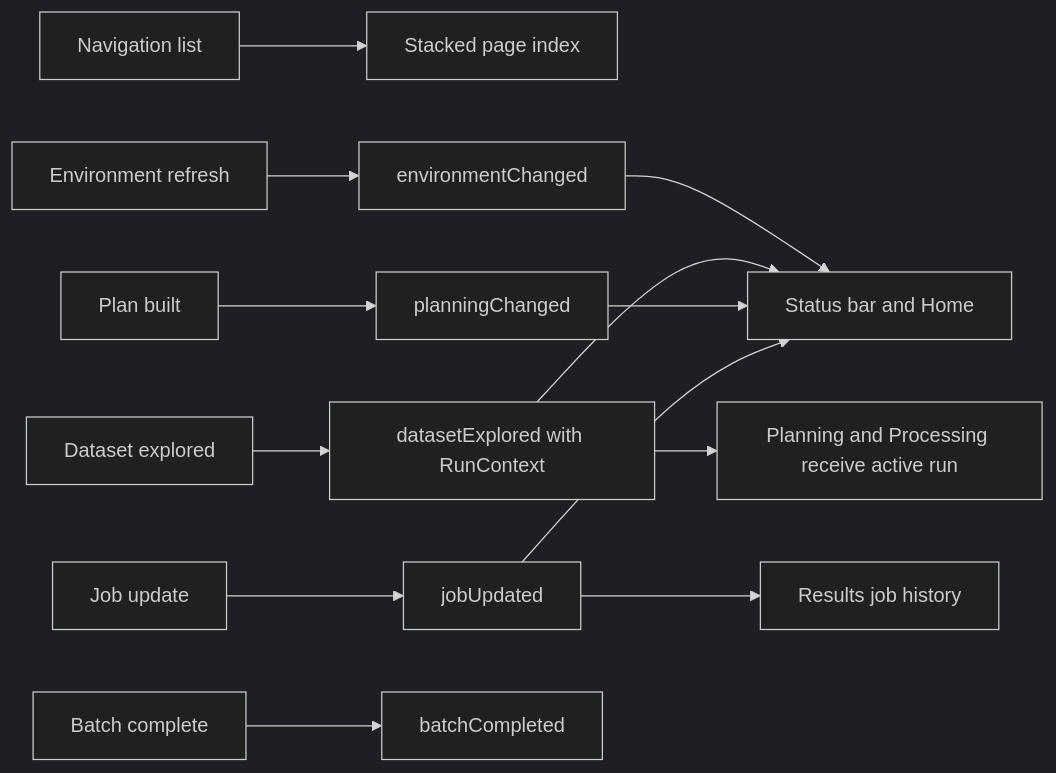
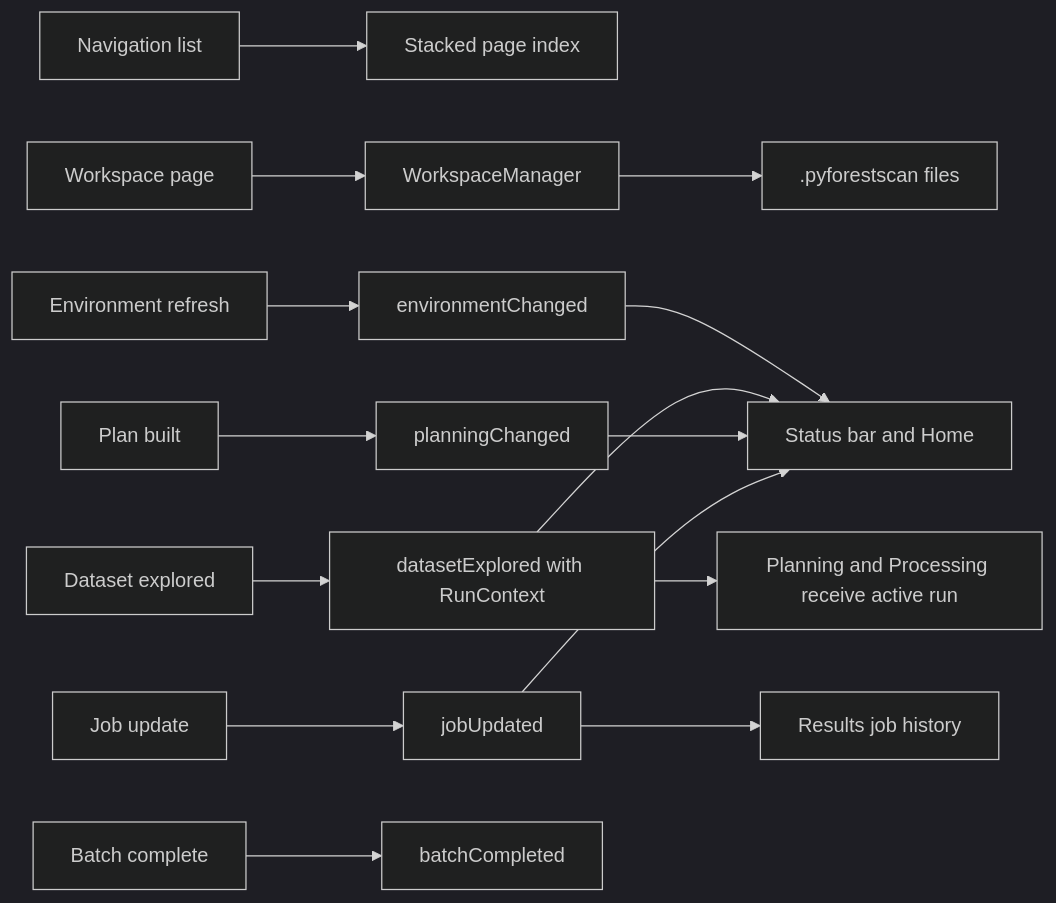
The second of 2 diagrams in docs/ui/MISSION_CONTROL.md (sticholas/pyforestscan-qgis), drawn with Mermaid (dark theme) before and after one commit. The commit also changed other lines of this file and 9 other files, not shown here.

````diff
--- a/docs/ui/MISSION_CONTROL.md
+++ b/docs/ui/MISSION_CONTROL.md
@@ -70,15 +74,17 @@
 ```mermaid
 flowchart LR
     A["Navigation list"] --> B["Stacked page index"]
+    W["Workspace page"] --> X["WorkspaceManager"]
+    X --> Y[".pyforestscan files"]
     C["Environment refresh"] --> D["environmentChanged"]
     E["Dataset explored"] --> F["datasetExplored with RunContext"]
     F --> G["Planning and Processing receive active run"]
     H["Plan built"] --> I["planningChanged"]
     K["Job update"] --> L["jobUpdated"]
     N["Batch complete"] --> O["batchCompleted"]
     D --> J["Status bar and Home"]
     F --> J
     I --> J
     L --> J
     L --> M["Results job history"]
 ```
````
